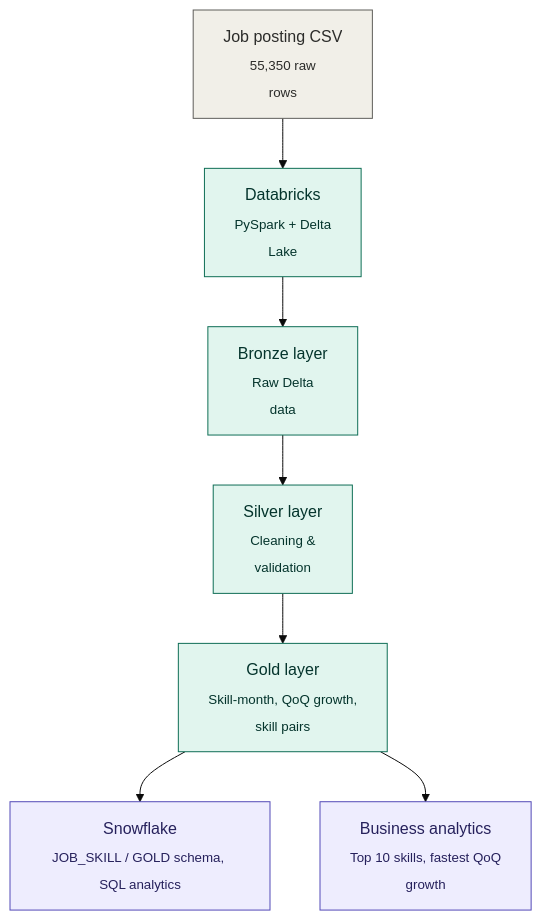
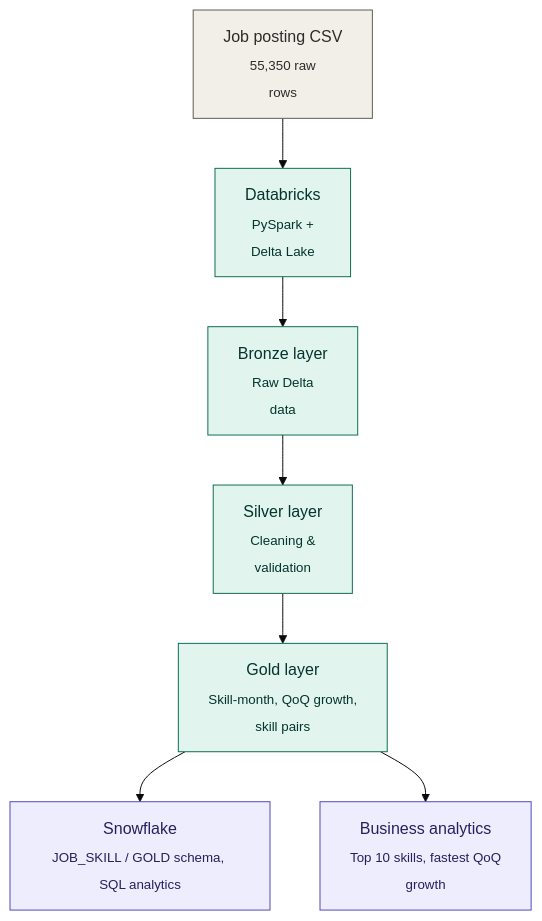
Before and after one commit to AnannyaDash7/SkillDemand360: the diagram in architecture.md, drawn with Mermaid (base theme).

````diff
--- a/architecture.md
+++ b/architecture.md
@@ -3,17 +3,17 @@
 ```mermaid 
 flowchart TD
-    A["Job posting CSV<br/><sub>55,350 raw <br> rows</sub>"] --> B["Databricks<br/><sub>PySpark + Delta <br>Lake</sub>"]
+    A["Job posting CSV<br/><sub>55,350 raw <br> rows</sub>"] --> B["Databricks<br/><sub>PySpark +<br> Delta Lake</sub>"]
     B --> C["Bronze layer<br/><sub>Raw Delta <br>data</sub>"]
     C --> D["Silver layer<br/><sub>Cleaning & <br>validation</sub>"]
     D --> E["Gold layer<br/><sub>Skill-month, QoQ growth,<br> skill pairs</sub>"]
     E --> F["Snowflake<br/><sub>JOB_SKILL / GOLD schema, SQL analytics</sub>"]
     E --> G["Business analytics<br/><sub>Top 10 skills, fastest QoQ <br>growth</sub>"]
 
     classDef source fill:#F1EFE8,stroke:#5F5E5A,color:#2C2C2A;
     classDef pipeline fill:#E1F5EE,stroke:#0F6E56,color:#04342C;
     classDef output fill:#EEEDFE,stroke:#534AB7,color:#26215C;
 
     class A source;
     class B,C,D,E pipeline;
     class F,G output;
 ```
````
